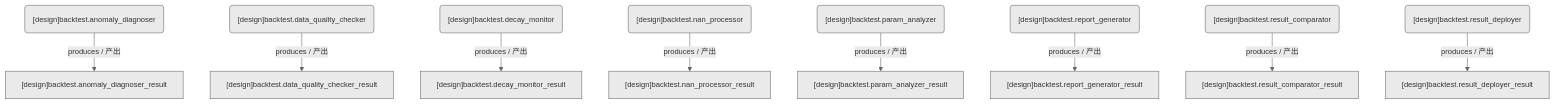
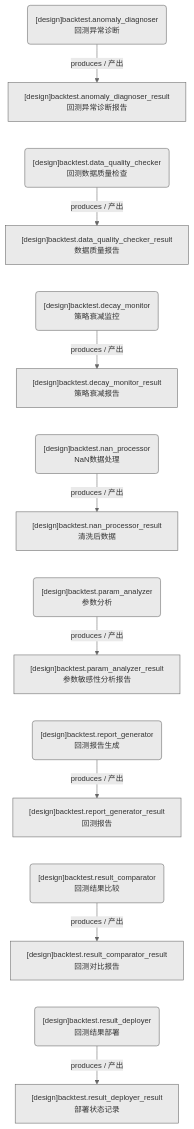
One commit to xuanFelixVan/ZephyrAlpha changed the diagram in docs/02_enterprise_architecture/05_dataflow_architecture/d_backtest.md. Above: the diagram before and after it, drawn with Mermaid. The commit also changed other lines of this file and 11 other files, not shown here.

````diff
--- a/docs/02_enterprise_architecture/05_dataflow_architecture/d_backtest.md
+++ b/docs/02_enterprise_architecture/05_dataflow_architecture/d_backtest.md
@@ -21,28 +23,35 @@
 ```mermaid
 %%{init: {'theme': 'base', 'themeVariables': {'primaryColor': '#eaeaea', 'primaryTextColor': '#333333', 'primaryBorderColor': '#666666', 'lineColor': '#666666', 'secondaryColor': '#eaeaea', 'tertiaryColor': '#eaeaea', 'fontSize': '14px'}}}%%
 flowchart TD
-    DS11245["[design]backtest.anomaly_diagnoser_result"]
-    DS11246["[design]backtest.data_quality_checker_result"]
-    DS11247["[design]backtest.decay_monitor_result"]
-    DS11248["[design]backtest.nan_processor_result"]
-    DS11249["[design]backtest.param_analyzer_result"]
-    DS11250["[design]backtest.report_generator_result"]
-    DS11251["[design]backtest.result_comparator_result"]
-    DS11252["[design]backtest.result_deployer_result"]
-    JOB757609("[design]backtest.anomaly_diagnoser")
-    JOB757610("[design]backtest.data_quality_checker")
-    JOB757611("[design]backtest.decay_monitor")
-    JOB757612("[design]backtest.nan_processor")
-    JOB757613("[design]backtest.param_analyzer")
-    JOB757614("[design]backtest.report_generator")
-    JOB757615("[design]backtest.result_comparator")
-    JOB757616("[design]backtest.result_deployer")
+    DS11245["[design]backtest.anomaly_diagnoser_result<br/>回测异常诊断报告"]
+    DS11246["[design]backtest.data_quality_checker_result<br/>数据质量报告"]
+    DS11247["[design]backtest.decay_monitor_result<br/>策略衰减报告"]
+    DS11248["[design]backtest.nan_processor_result<br/>清洗后数据"]
+    DS11249["[design]backtest.param_analyzer_result<br/>参数敏感性分析报告"]
+    DS11250["[design]backtest.report_generator_result<br/>回测报告"]
+    DS11251["[design]backtest.result_comparator_result<br/>回测对比报告"]
+    DS11252["[design]backtest.result_deployer_result<br/>部署状态记录"]
+    JOB757609("[design]backtest.anomaly_diagnoser<br/>回测异常诊断")
+    JOB757610("[design]backtest.data_quality_checker<br/>回测数据质量检查")
+    JOB757611("[design]backtest.decay_monitor<br/>策略衰减监控")
+    JOB757612("[design]backtest.nan_processor<br/>NaN数据处理")
+    JOB757613("[design]backtest.param_analyzer<br/>参数分析")
+    JOB757614("[design]backtest.report_generator<br/>回测报告生成")
+    JOB757615("[design]backtest.result_comparator<br/>回测结果比较")
+    JOB757616("[design]backtest.result_deployer<br/>回测结果部署")
     JOB757609 -->|produces / 产出| DS11245
     JOB757610 -->|produces / 产出| DS11246
     JOB757611 -->|produces / 产出| DS11247
     JOB757612 -->|produces / 产出| DS11248
     JOB757613 -->|produces / 产出| DS11249
     JOB757614 -->|produces / 产出| DS11250
     JOB757615 -->|produces / 产出| DS11251
     JOB757616 -->|produces / 产出| DS11252
+    DS11245 ~~~ JOB757610
+    DS11246 ~~~ JOB757611
+    DS11247 ~~~ JOB757612
+    DS11248 ~~~ JOB757613
+    DS11249 ~~~ JOB757614
+    DS11250 ~~~ JOB757615
+    DS11251 ~~~ JOB757616
 ```
````
